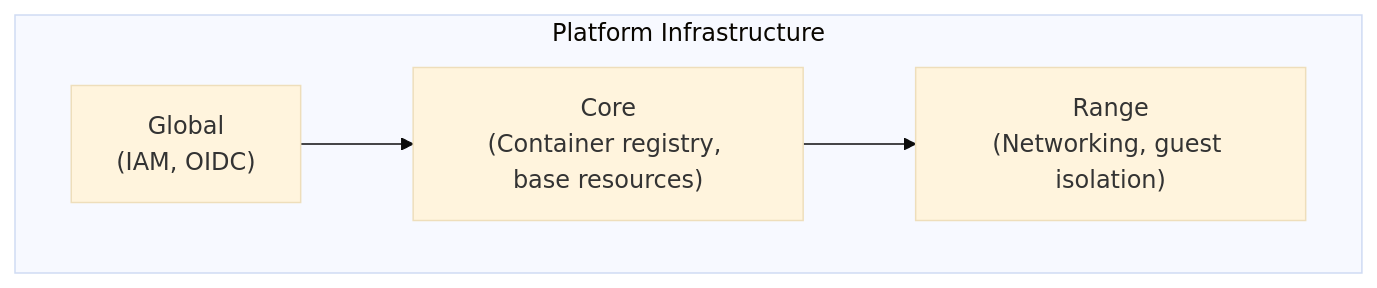
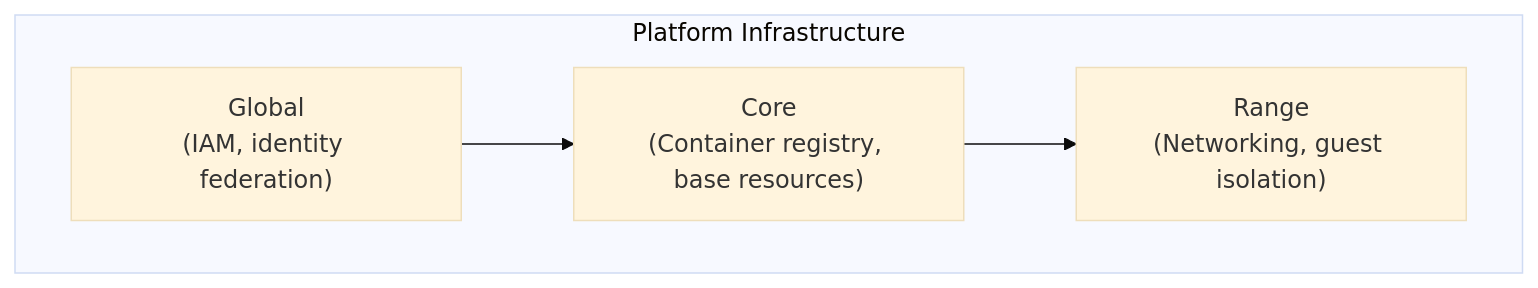
The first of 3 diagrams in shifter/shifter_platform/documentation/docs/technical/architecture.md (PaloAltoNetworks/shifter), drawn with Mermaid (base theme) before and after one commit. The commit also changed other lines of this file and 47 other files, not shown here.

````diff
--- a/shifter/shifter_platform/documentation/docs/technical/architecture.md
+++ b/shifter/shifter_platform/documentation/docs/technical/architecture.md
@@ -9,11 +9,11 @@
 ```mermaid
 graph TB
     subgraph Platform["Platform Infrastructure"]
-        Global["Global<br/>(IAM, OIDC)"]
+        Global["Global<br/>(IAM, identity federation)"]
         Core["Core<br/>(Container registry, base resources)"]
         Range["Range<br/>(Networking, guest isolation)"]
     end
 
     Global --> Core
     Core --> Range
 ```
````
